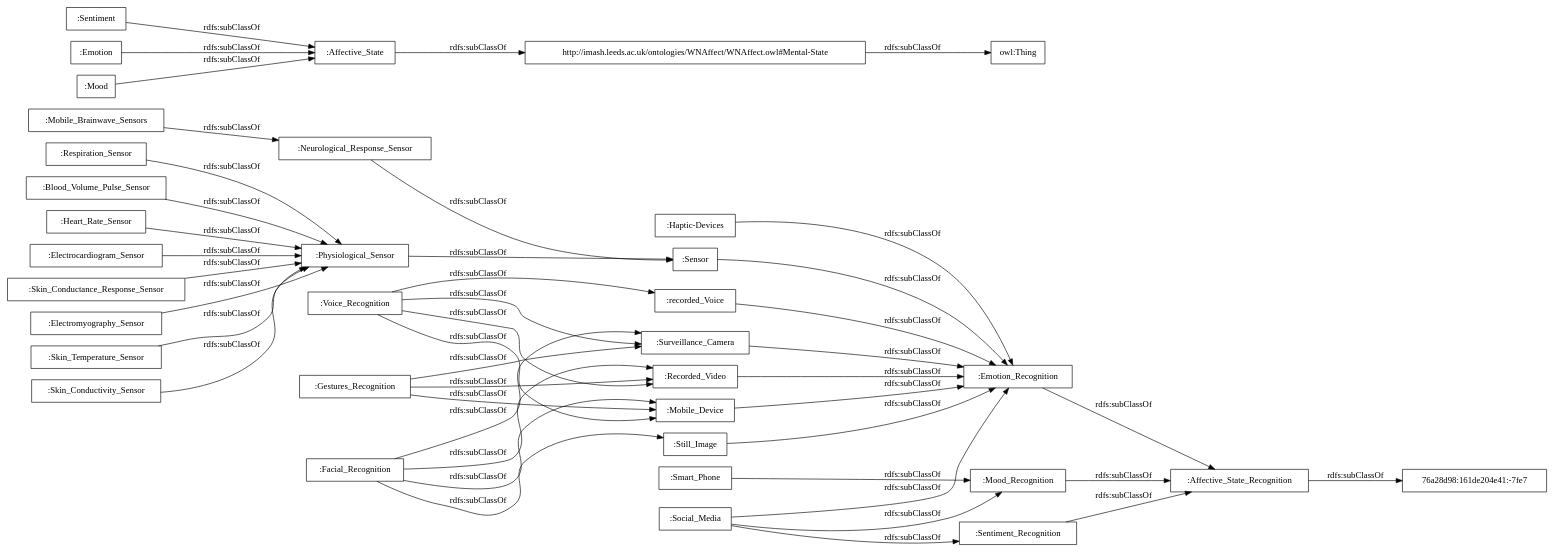
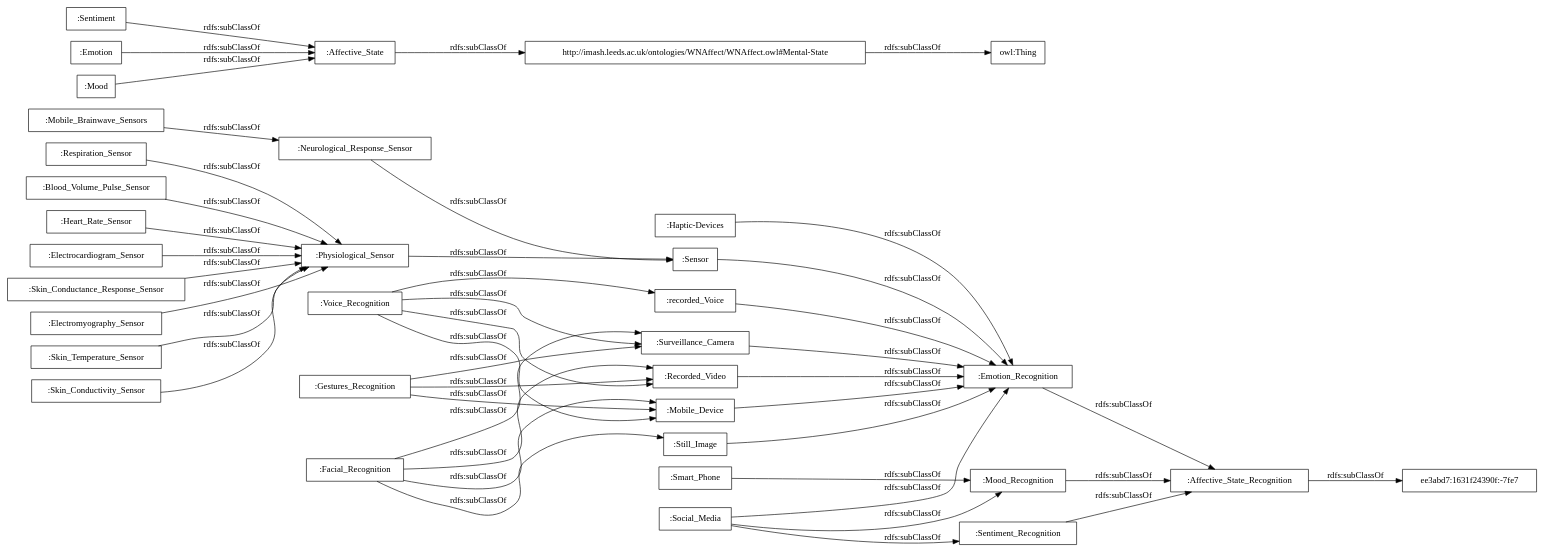
One commit to rana-othman/HASIO-Modularization changed the diagram in OnToology/Affective_States_Recognition_Module.owl/diagrams/ar2dtool-taxonomy/Affective_States_Recognition_Module.owl.png.dot. Above: the diagram before and after it, drawn with Graphviz. The commit also changed 94 other files, not shown here.

```diff
--- a/OnToology/Affective_States_Recognition_Module.owl/diagrams/ar2dtool-taxonomy/Affective_States_Recognition_Module.owl.png.dot
+++ b/OnToology/Affective_States_Recognition_Module.owl/diagrams/ar2dtool-taxonomy/Affective_States_Recognition_Module.owl.png.dot
@@ -1,48 +1,48 @@
 digraph ar2dtool_diagram { 
 rankdir=LR;
 size="1000"
-node [shape = rectangle, color="black"]; ":Mobile_Device" ":Voice_Recognition" ":Sentiment" "76a28d98:161de204e41:-7fe7" ":Heart_Rate_Sensor" ":Neurological_Response_Sensor" ":Haptic-Devices" ":Electrocardiogram_Sensor" ":Still_Image" ":Sensor" ":Emotion" ":Skin_Conductance_Response_Sensor" ":Mood" ":Mobile_Brainwave_Sensors" ":Affective_State" ":recorded_Voice" ":Electromyography_Sensor" ":Physiological_Sensor" ":Emotion_Recognition" ":Skin_Temperature_Sensor" ":Facial_Recognition" ":Skin_Conductivity_Sensor" ":Recorded_Video" ":Surveillance_Camera" ":Gestures_Recognition" "http://imash.leeds.ac.uk/ontologies/WNAffect/WNAffect.owl#Mental-State" ":Mood_Recognition" ":Smart_Phone" ":Sentiment_Recognition" ":Social_Media" ":Respiration_Sensor" ":Blood_Volume_Pulse_Sensor" ":Affective_State_Recognition" ; /*classes style*/
+node [shape = rectangle, color="black"]; ":Mobile_Device" ":Voice_Recognition" ":Sentiment" ":Heart_Rate_Sensor" ":Neurological_Response_Sensor" ":Haptic-Devices" ":Electrocardiogram_Sensor" ":Still_Image" ":Sensor" ":Emotion" ":Skin_Conductance_Response_Sensor" ":Mood" ":Mobile_Brainwave_Sensors" ":Affective_State" ":recorded_Voice" ":Electromyography_Sensor" ":Physiological_Sensor" ":Emotion_Recognition" ":Skin_Temperature_Sensor" ":Facial_Recognition" ":Skin_Conductivity_Sensor" ":Recorded_Video" ":Surveillance_Camera" ":Gestures_Recognition" "http://imash.leeds.ac.uk/ontologies/WNAffect/WNAffect.owl#Mental-State" ":Mood_Recognition" ":Smart_Phone" ":Sentiment_Recognition" ":Social_Media" ":Respiration_Sensor" ":Blood_Volume_Pulse_Sensor" ":Affective_State_Recognition" "ee3abd7:1631f24390f:-7fe7" ; /*classes style*/
 	":Emotion_Recognition" -> ":Affective_State_Recognition" [ label = "rdfs:subClassOf" ];
 	":Voice_Recognition" -> ":recorded_Voice" [ label = "rdfs:subClassOf" ];
 	":Voice_Recognition" -> ":Surveillance_Camera" [ label = "rdfs:subClassOf" ];
 	":Voice_Recognition" -> ":Recorded_Video" [ label = "rdfs:subClassOf" ];
 	":Voice_Recognition" -> ":Mobile_Device" [ label = "rdfs:subClassOf" ];
 	":Skin_Conductance_Response_Sensor" -> ":Physiological_Sensor" [ label = "rdfs:subClassOf" ];
 	":Smart_Phone" -> ":Mood_Recognition" [ label = "rdfs:subClassOf" ];
 	":Electromyography_Sensor" -> ":Physiological_Sensor" [ label = "rdfs:subClassOf" ];
 	":recorded_Voice" -> ":Emotion_Recognition" [ label = "rdfs:subClassOf" ];
 	":Emotion" -> ":Affective_State" [ label = "rdfs:subClassOf" ];
 	":Skin_Conductivity_Sensor" -> ":Physiological_Sensor" [ label = "rdfs:subClassOf" ];
 	"http://imash.leeds.ac.uk/ontologies/WNAffect/WNAffect.owl#Mental-State" -> "owl:Thing" [ label = "rdfs:subClassOf" ];
 	":Facial_Recognition" -> ":Surveillance_Camera" [ label = "rdfs:subClassOf" ];
 	":Facial_Recognition" -> ":Still_Image" [ label = "rdfs:subClassOf" ];
 	":Facial_Recognition" -> ":Recorded_Video" [ label = "rdfs:subClassOf" ];
 	":Facial_Recognition" -> ":Mobile_Device" [ label = "rdfs:subClassOf" ];
 	":Skin_Temperature_Sensor" -> ":Physiological_Sensor" [ label = "rdfs:subClassOf" ];
 	":Sentiment" -> ":Affective_State" [ label = "rdfs:subClassOf" ];
 	":Mood_Recognition" -> ":Affective_State_Recognition" [ label = "rdfs:subClassOf" ];
 	":Neurological_Response_Sensor" -> ":Sensor" [ label = "rdfs:subClassOf" ];
 	":Affective_State" -> "http://imash.leeds.ac.uk/ontologies/WNAffect/WNAffect.owl#Mental-State" [ label = "rdfs:subClassOf" ];
 	":Mobile_Brainwave_Sensors" -> ":Neurological_Response_Sensor" [ label = "rdfs:subClassOf" ];
 	":Still_Image" -> ":Emotion_Recognition" [ label = "rdfs:subClassOf" ];
-	":Affective_State_Recognition" -> "76a28d98:161de204e41:-7fe7" [ label = "rdfs:subClassOf" ];
+	":Affective_State_Recognition" -> "ee3abd7:1631f24390f:-7fe7" [ label = "rdfs:subClassOf" ];
 	":Recorded_Video" -> ":Emotion_Recognition" [ label = "rdfs:subClassOf" ];
 	":Sentiment_Recognition" -> ":Affective_State_Recognition" [ label = "rdfs:subClassOf" ];
 	":Blood_Volume_Pulse_Sensor" -> ":Physiological_Sensor" [ label = "rdfs:subClassOf" ];
 	":Gestures_Recognition" -> ":Surveillance_Camera" [ label = "rdfs:subClassOf" ];
 	":Gestures_Recognition" -> ":Recorded_Video" [ label = "rdfs:subClassOf" ];
 	":Gestures_Recognition" -> ":Mobile_Device" [ label = "rdfs:subClassOf" ];
 	":Surveillance_Camera" -> ":Emotion_Recognition" [ label = "rdfs:subClassOf" ];
 	":Mobile_Device" -> ":Emotion_Recognition" [ label = "rdfs:subClassOf" ];
 	":Haptic-Devices" -> ":Emotion_Recognition" [ label = "rdfs:subClassOf" ];
 	":Physiological_Sensor" -> ":Sensor" [ label = "rdfs:subClassOf" ];
 	":Electrocardiogram_Sensor" -> ":Physiological_Sensor" [ label = "rdfs:subClassOf" ];
 	":Sensor" -> ":Emotion_Recognition" [ label = "rdfs:subClassOf" ];
 	":Mood" -> ":Affective_State" [ label = "rdfs:subClassOf" ];
 	":Heart_Rate_Sensor" -> ":Physiological_Sensor" [ label = "rdfs:subClassOf" ];
 	":Respiration_Sensor" -> ":Physiological_Sensor" [ label = "rdfs:subClassOf" ];
 	":Social_Media" -> ":Sentiment_Recognition" [ label = "rdfs:subClassOf" ];
 	":Social_Media" -> ":Mood_Recognition" [ label = "rdfs:subClassOf" ];
 	":Social_Media" -> ":Emotion_Recognition" [ label = "rdfs:subClassOf" ];
 
 }
```
